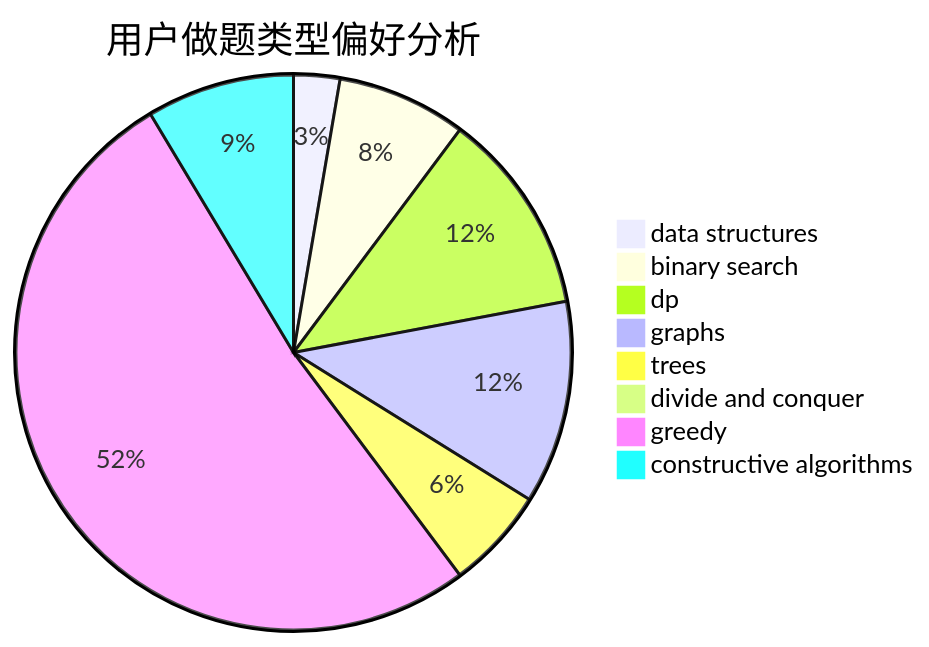
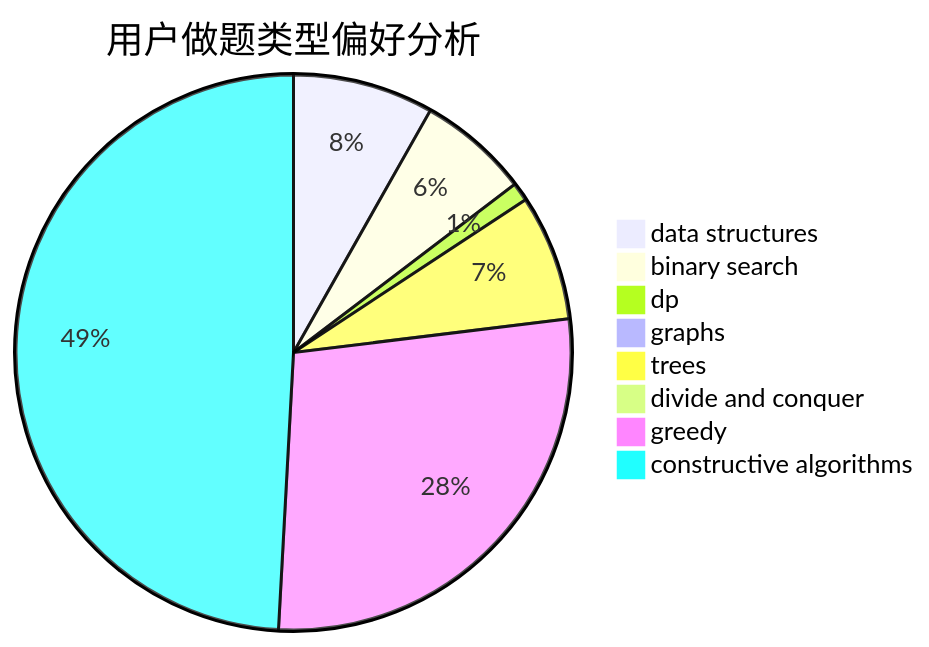
One commit to sherpahu/cfrs.github.io changed the second of 3 diagrams in docs/user/u2474.md. Above: the diagram before and after it, drawn with Mermaid. The commit also changed other lines of this file and 2770 other files, not shown here.

````diff
--- a/docs/user/u2474.md
+++ b/docs/user/u2474.md
@@ -23,11 +23,11 @@
 ```mermaid
 pie title 用户做题类型偏好分析
-    "data structures" :  5
-    "binary search" :  14
-    "dp" :  22
-    "graphs" :  22
-    "trees" :  11
+    "data structures" :  38
+    "binary search" :  30
+    "dp" :  5
+    "graphs" :  0
+    "trees" :  34
     "divide and conquer" :  0
-    "greedy" :  96
-    "constructive algorithms" :  16
+    "greedy" :  129
+    "constructive algorithms" :  228
 ```
````
